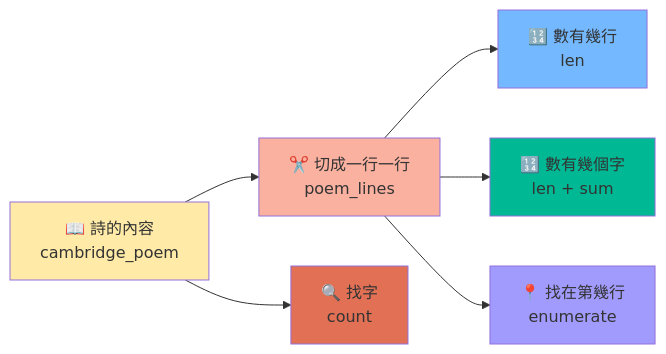
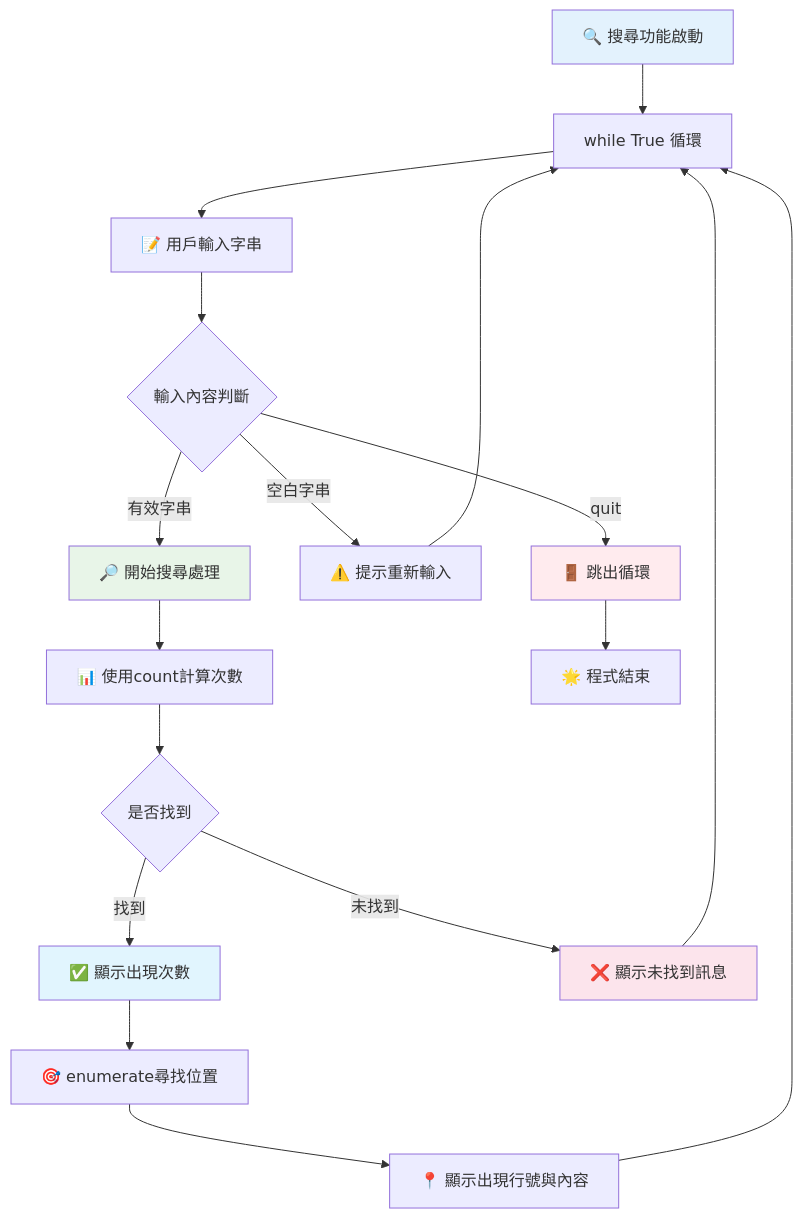
One commit to pppeee861005/python-learning-garden changed the third of 6 diagrams in week_09/詩韻程式架構圖.md. Above: the diagram before and after it, drawn with Mermaid. The commit also changed other lines of this file and 49 other files, not shown here.

````diff
--- a/week_09/詩韻程式架構圖.md
+++ b/week_09/詩韻程式架構圖.md
@@ -56,15 +52,31 @@
 ```mermaid
-graph LR
-    A[📖 詩的內容<br/>cambridge_poem] --> B[✂️ 切成一行一行<br/>poem_lines]
-    B --> C[🔢 數有幾行<br/>len]
-    B --> D[🔢 數有幾個字<br/>len + sum]
-    A --> E[🔍 找字<br/>count]
-    B --> F[📍 找在第幾行<br/>enumerate]
+flowchart TD
+    A[🔍 搜尋功能啟動] --> B[while True 循環]
+    B --> C[📝 用戶輸入字串]
+    C --> D{輸入內容判斷}
     
-    style A fill:#ffeaa7
-    style B fill:#fab1a0
-    style C fill:#74b9ff
-    style D fill:#00b894
-    style E fill:#e17055
-    style F fill:#a29bfe
+    D -->|quit| E[🚪 跳出循環]
+    D -->|空白字串| F[⚠️ 提示重新輸入]
+    D -->|有效字串| G[🔎 開始搜尋處理]
+    
+    F --> B
+    
+    G --> H[📊 使用count計算次數]
+    H --> I{是否找到}
+    
+    I -->|找到| J[✅ 顯示出現次數]
+    I -->|未找到| K[❌ 顯示未找到訊息]
+    
+    J --> L[🎯 enumerate尋找位置]
+    L --> M[📍 顯示出現行號與內容]
+    
+    M --> B
+    K --> B
+    E --> N[🌟 程式結束]
+    
+    style A fill:#e3f2fd
+    style E fill:#ffebee
+    style G fill:#e8f5e8
+    style J fill:#e1f5fe
+    style K fill:#fce4ec
 ```
````
